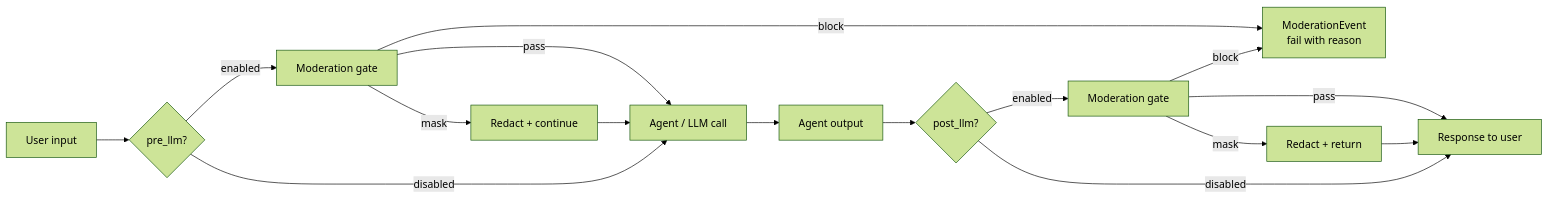
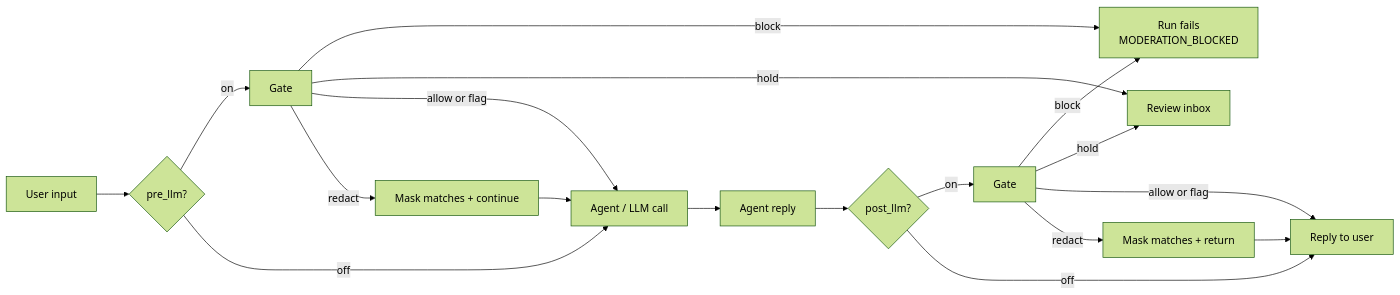
Before and after one commit to sarkar4777/abenix: the first of 2 diagrams in apps/web/public/dev-docs/02-runtime/13-moderation-gate.md, drawn with Mermaid (forest theme). The commit also changed other lines of this file and 623 other files, not shown here.

````diff
--- a/apps/web/public/dev-docs/02-runtime/13-moderation-gate.md
+++ b/apps/web/public/dev-docs/02-runtime/13-moderation-gate.md
@@ -7,18 +7,20 @@
 ```mermaid
 flowchart LR
   U[User input] --> PRE{pre_llm?}
-  PRE -->|enabled| MOD1[Moderation gate]
-  PRE -->|disabled| LLM[Agent / LLM call]
-  MOD1 -->|block| BLK[ModerationEvent<br/>fail with reason]
-  MOD1 -->|pass| LLM
-  MOD1 -->|mask| MASK[Redact + continue]
+  PRE -->|on| MOD1[Gate]
+  PRE -->|off| LLM[Agent / LLM call]
+  MOD1 -->|block| BLK[Run fails<br/>MODERATION_BLOCKED]
+  MOD1 -->|hold| HLD[Review inbox]
+  MOD1 -->|allow or flag| LLM
+  MOD1 -->|redact| MASK[Mask matches + continue]
   MASK --> LLM
-  LLM --> OUT[Agent output]
+  LLM --> OUT[Agent reply]
   OUT --> POST{post_llm?}
-  POST -->|enabled| MOD2[Moderation gate]
-  POST -->|disabled| RESP[Response to user]
+  POST -->|on| MOD2[Gate]
+  POST -->|off| RESP[Reply to user]
   MOD2 -->|block| BLK
-  MOD2 -->|pass| RESP
-  MOD2 -->|mask| MASK2[Redact + return]
+  MOD2 -->|hold| HLD
+  MOD2 -->|allow or flag| RESP
+  MOD2 -->|redact| MASK2[Mask matches + return]
   MASK2 --> RESP
 ```
````
